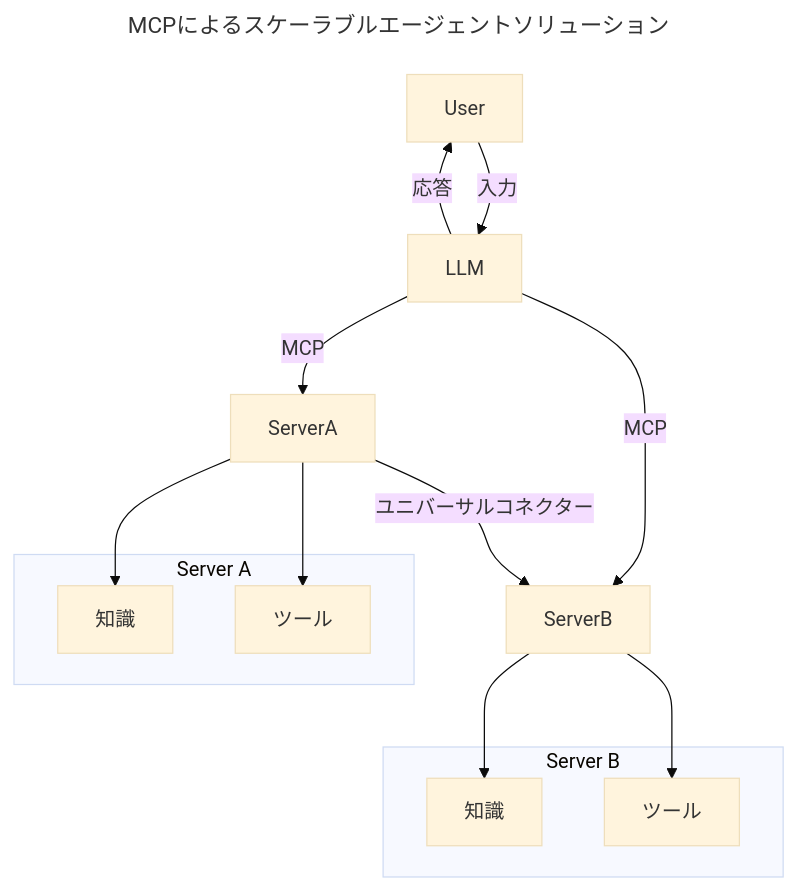
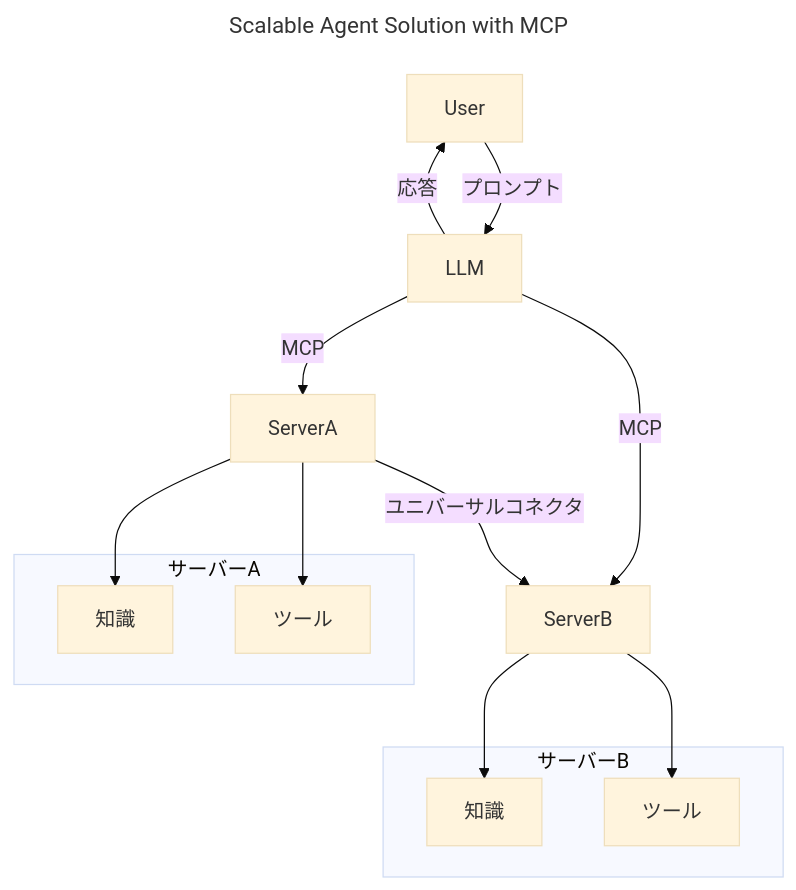
Before and after one commit to HIDORAKAI002/ai-workspace-archive: the second of 3 diagrams in mcp_ecosystem__model_context_protocol/mcp_learning_resources/mcp-for-beginners/translations/ja/00-Introduction/README.md, drawn with Mermaid (base theme). The commit also changed other lines of this file and 5721 other files, not shown here.

Commit message:
chore(sync): update MCP Python SDK, MCP TypeScript SDK, Supabase MCP, Kubernetes MCP Server, Git MCP, MCP Agent, Awesome ChatGPT Prompts, Langfuse, +62 more

````diff
--- a/mcp_ecosystem__model_context_protocol/mcp_learning_resources/mcp-for-beginners/translations/ja/00-Introduction/README.md
+++ b/mcp_ecosystem__model_context_protocol/mcp_learning_resources/mcp-for-beginners/translations/ja/00-Introduction/README.md
@@ -193,26 +194,26 @@
 ```mermaid
 ---
-title: MCPによるスケーラブルエージェントソリューション
-description: ユーザーが複数のMCPサーバーに接続するLLMとどのようにやり取りするかを示す図。各サーバーは知識とツールの両方を提供し、スケーラブルなAIシステムアーキテクチャを形成する
+title: Scalable Agent Solution with MCP
+description: A diagram illustrating how a user interacts with an LLM that connects to multiple MCP servers, with each server providing both knowledge and tools, creating a scalable AI system architecture
 ---
 graph TD
-    User -->|入力| LLM
+    User -->|プロンプト| LLM
     LLM -->|応答| User
     LLM -->|MCP| ServerA
     LLM -->|MCP| ServerB
-    ServerA -->|ユニバーサルコネクター| ServerB
+    ServerA -->|ユニバーサルコネクタ| ServerB
     ServerA --> KnowledgeA
     ServerA --> ToolsA
     ServerB --> KnowledgeB
     ServerB --> ToolsB
 
-    subgraph Server A
+    subgraph サーバーA
         KnowledgeA[知識]
         ToolsA[ツール]
     end
 
-    subgraph Server B
+    subgraph サーバーB
         KnowledgeB[知識]
         ToolsB[ツール]
     end
 ```
````
